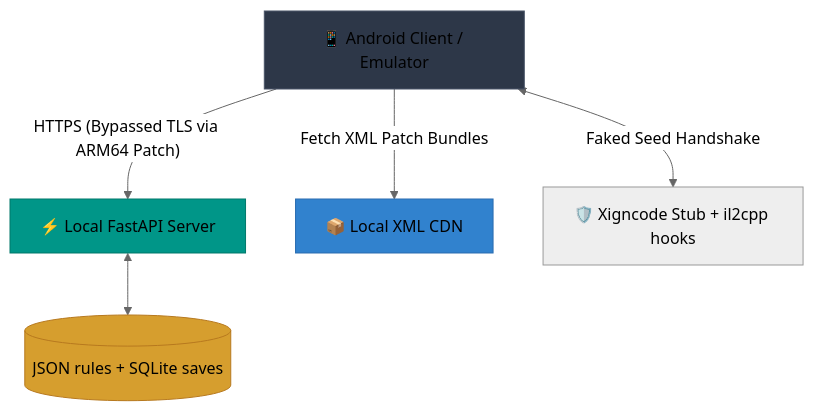
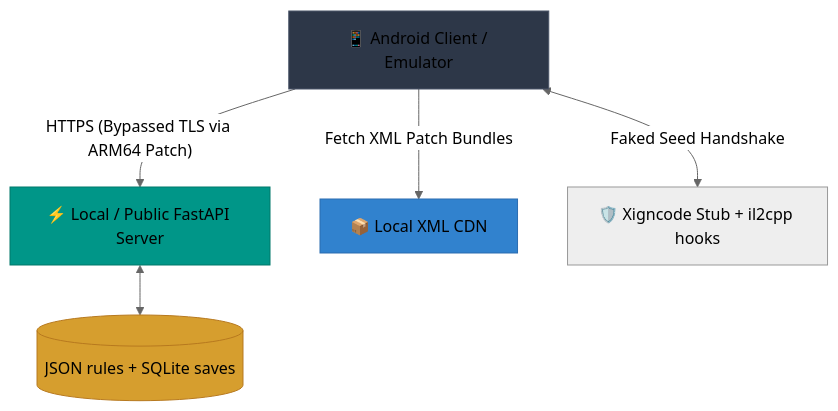
The diagram in README.md (nowl-it/KingBugCastle), drawn with Mermaid (neutral theme) before and after one commit. The commit also changed other lines of this file and 1 other file, not shown here.

````diff
--- a/README.md
+++ b/README.md
@@ -57,18 +73,18 @@
 ```mermaid
 graph TD
     Client[📱 Android Client / Emulator]
-    FastAPI[⚡ Local FastAPI Server]
+    FastAPI[⚡ Local / Public FastAPI Server]
     CDN[📦 Local XML CDN]
     XIGNCODE[🛡️ Xigncode Stub + il2cpp hooks]
     Data[(JSON rules + SQLite saves)]
 
     Client -- "HTTPS (Bypassed TLS via ARM64 Patch)" --> FastAPI
     Client -- "Fetch XML Patch Bundles" --> CDN
     FastAPI <--> Data
     Client <-->|"Faked Seed Handshake"| XIGNCODE
     
     style Client fill:#2D3748,stroke:#4A5568
     style FastAPI fill:#009688,stroke:#00796B
     style Data fill:#D69E2E,stroke:#B7791F
     style CDN fill:#3182CE,stroke:#2B6CB0
 ```
````
